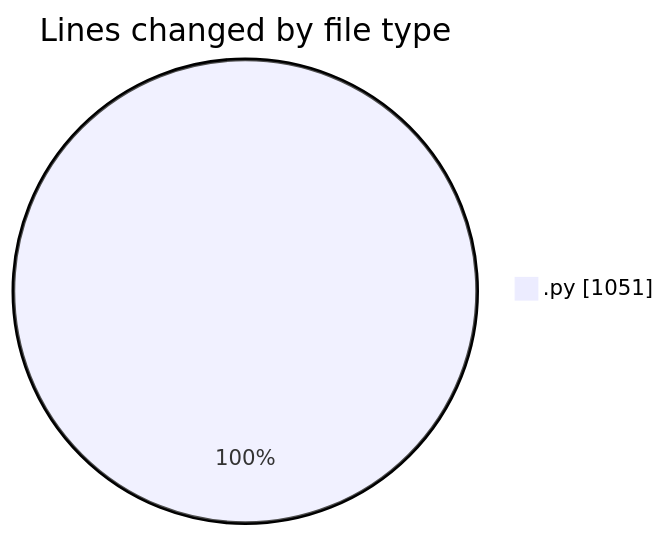
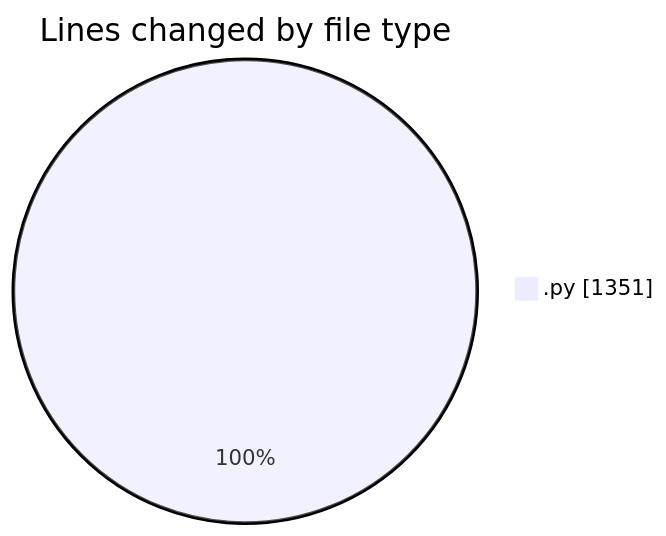
Before and after one commit to julien-gomy/code-tracking: the first of 2 diagrams in 2025-10-23/eventscop-api-guide__workspace_/README.md, drawn with Mermaid. The commit also changed other lines of this file and 1 other file, not shown here.

````diff
--- a/2025-10-23/eventscop-api-guide__workspace_/README.md
+++ b/2025-10-23/eventscop-api-guide__workspace_/README.md
@@ -22,5 +22,5 @@
 ```mermaid
 pie showData
 title Lines changed by file type
-".py" : 1051
+".py" : 1351
 ```
````
